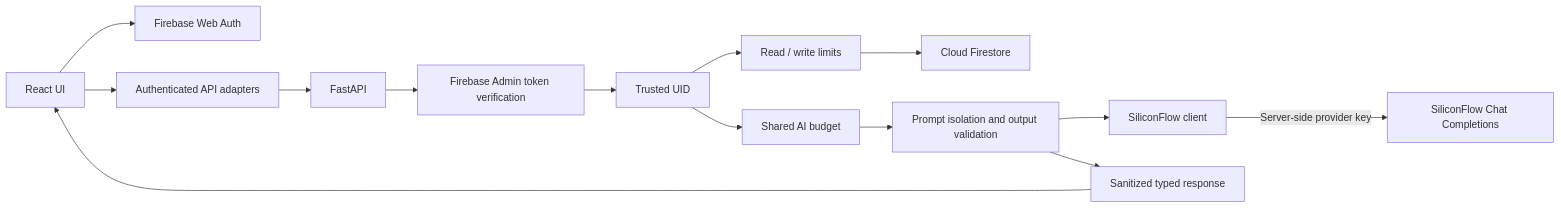
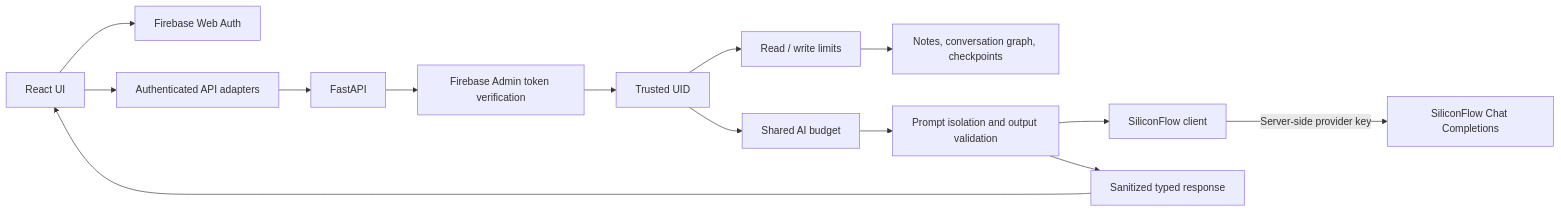
Before and after one commit to Yangjunjie-Lin/notevault: the first of 4 diagrams in docs/architecture.md, drawn with Mermaid. The commit also changed other lines of this file and 49 other files, not shown here.

````diff
--- a/docs/architecture.md
+++ b/docs/architecture.md
@@ -5,16 +5,16 @@
 ```mermaid
 flowchart LR
   UI["React UI"] --> Auth["Firebase Web Auth"]
   UI --> Adapter["Authenticated API adapters"]
   Adapter --> API["FastAPI"]
   API --> Verify["Firebase Admin token verification"]
   Verify --> UID["Trusted UID"]
   UID --> NoteLimit["Read / write limits"]
-  NoteLimit --> Store["Cloud Firestore"]
+  NoteLimit --> Store["Notes, conversation graph, checkpoints"]
   UID --> AiLimit["Shared AI budget"]
   AiLimit --> AiService["Prompt isolation and output validation"]
   AiService --> Client["SiliconFlow client"]
   Client -->|"Server-side provider key"| Provider["SiliconFlow Chat Completions"]
   AiService --> SafeResponse["Sanitized typed response"]
   SafeResponse --> UI
 ```
````
